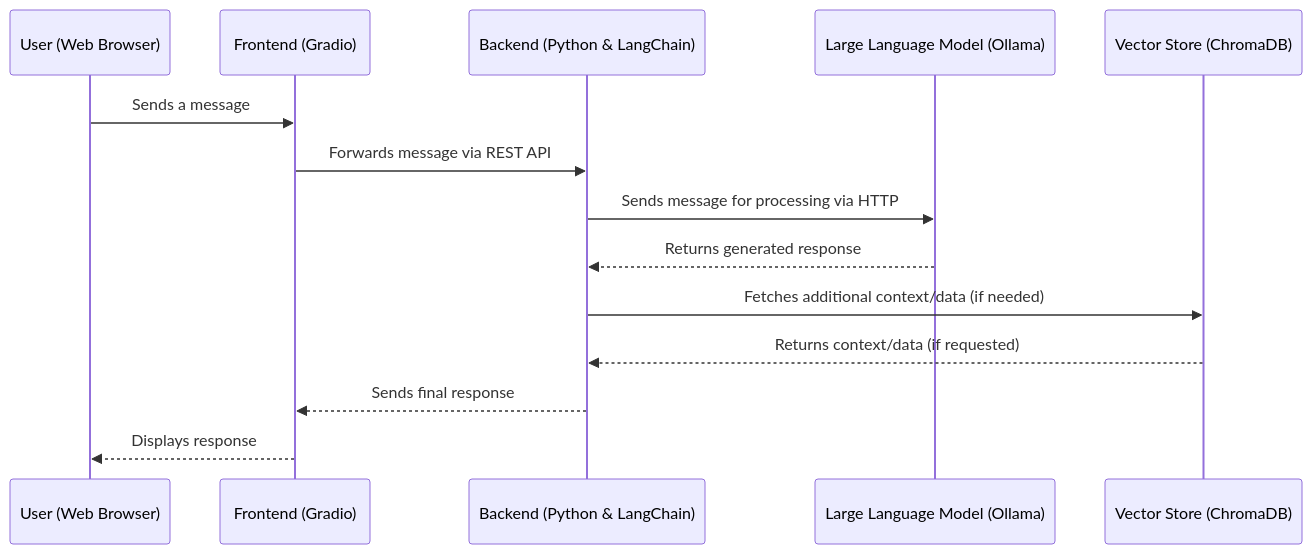
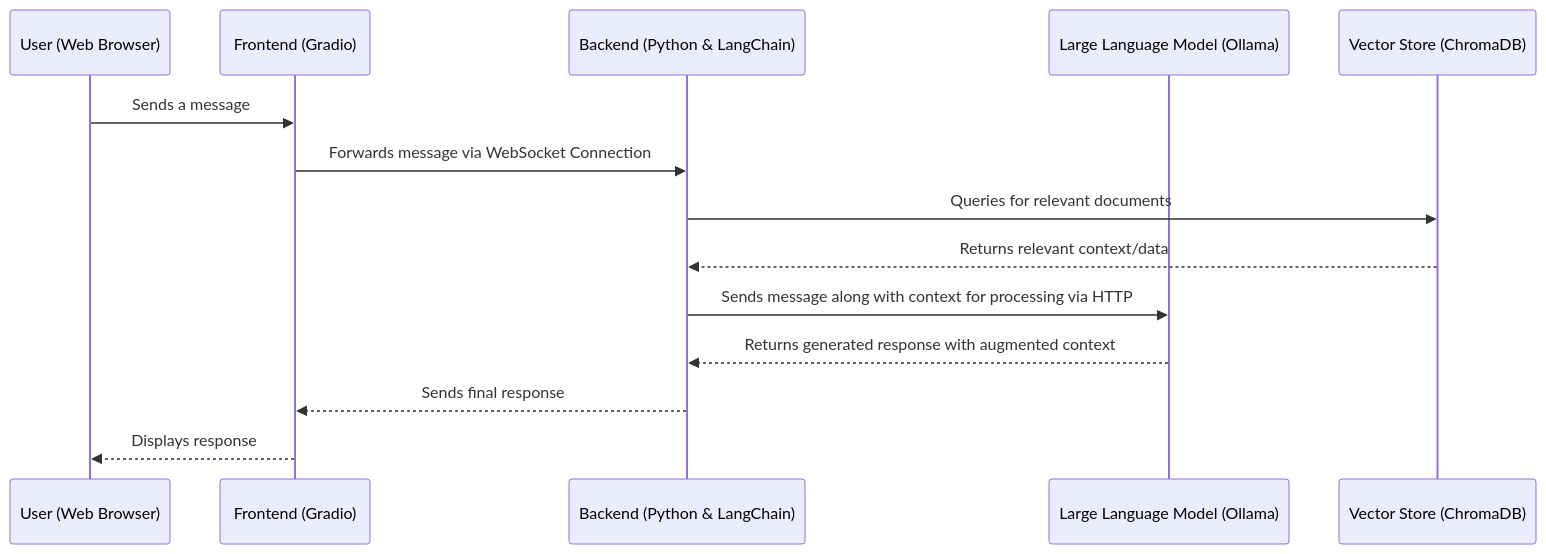
Before and after one commit to hse-digital-engineering/build-your-own-chatbot: the third of 3 diagrams in README.md, drawn with Mermaid. The commit also changed 4 other files, not shown here.

````diff
--- a/README.md
+++ b/README.md
@@ -128,17 +128,17 @@
 ```mermaid
 sequenceDiagram
     participant User as User (Web Browser)
     participant Frontend as Frontend (Gradio)
     participant Backend as Backend (Python & LangChain)
     participant LLM as Large Language Model (Ollama)
     participant VectorStore as Vector Store (ChromaDB)
 
     User->>Frontend: Sends a message
-    Frontend->>Backend: Forwards message via REST API
-    Backend->>LLM: Sends message for processing via HTTP
-    LLM-->>Backend: Returns generated response
-    Backend->>VectorStore: Fetches additional context/data (if needed)
-    VectorStore-->>Backend: Returns context/data (if requested)
+    Frontend->>Backend: Forwards message via WebSocket Connection
+    Backend->>VectorStore: Queries for relevant documents
+    VectorStore-->>Backend: Returns relevant context/data
+    Backend->>LLM: Sends message along with context for processing via HTTP
+    LLM-->>Backend: Returns generated response with augmented context
     Backend-->>Frontend: Sends final response
     Frontend-->>User: Displays response
 ```
````
